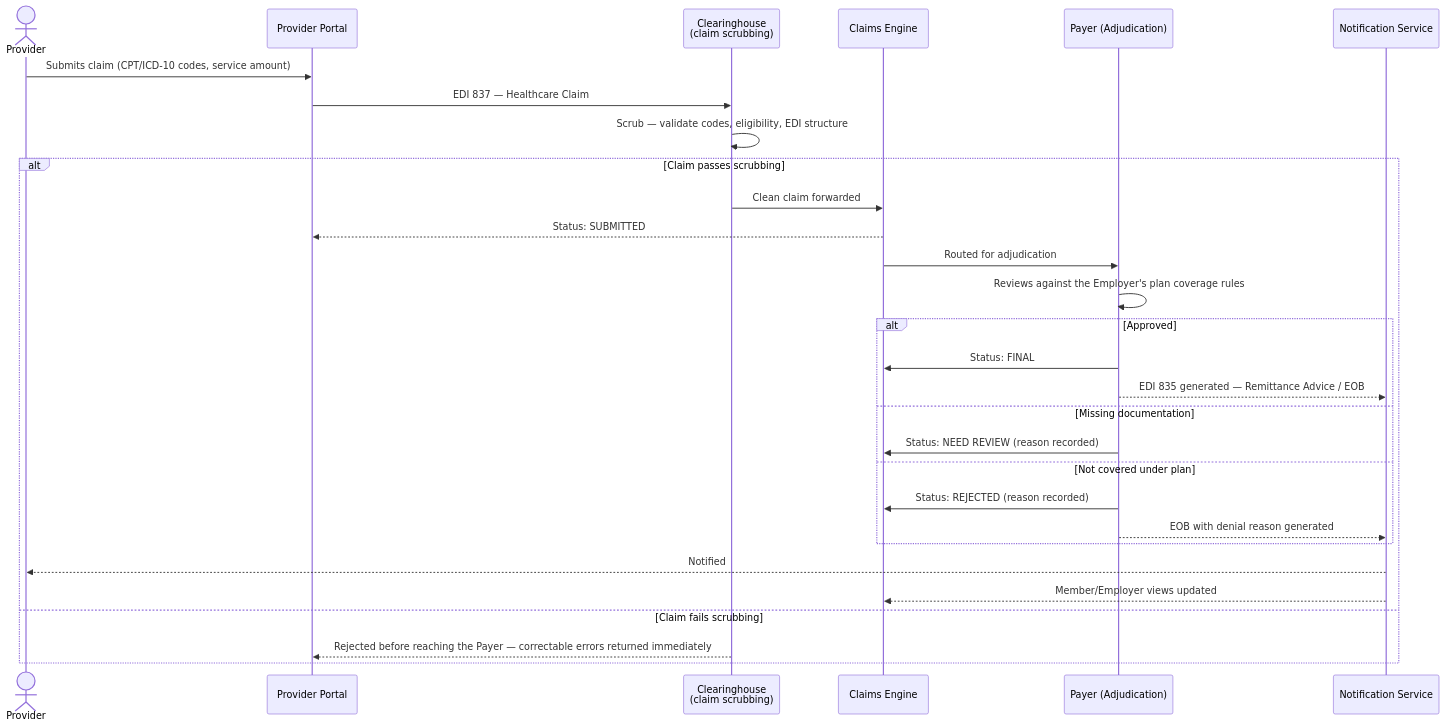
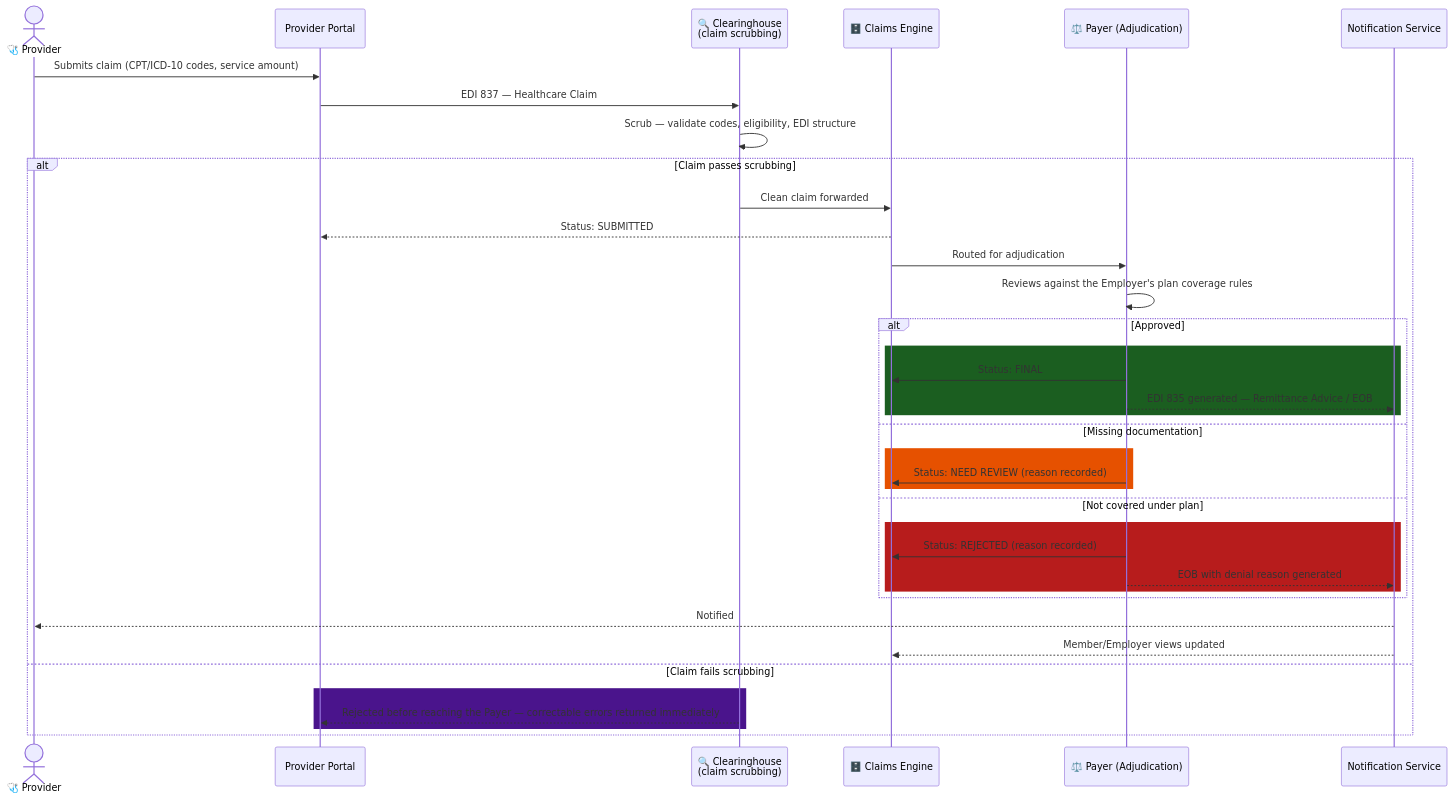
One commit to ghanendra-sdet/healthcare-insurance-platform changed the second of 5 diagrams in docs/architecture-and-flow.md. Above: the diagram before and after it, drawn with Mermaid. The commit also changed other lines of this file and 1 other file, not shown here.

Commit message:
docs: enrich architecture and tech-and-skills diagrams

````diff
--- a/docs/architecture-and-flow.md
+++ b/docs/architecture-and-flow.md
@@ -71,32 +83,40 @@
 ```mermaid
 sequenceDiagram
-    actor Provider
+    actor Provider as 🩺 Provider
     participant PP as Provider Portal
-    participant CH as Clearinghouse<br/>(claim scrubbing)
-    participant CE as Claims Engine
-    participant Payer as Payer (Adjudication)
+    participant CH as 🔍 Clearinghouse<br/>(claim scrubbing)
+    participant CE as 🗄️ Claims Engine
+    participant Payer as ⚖️ Payer (Adjudication)
     participant Notif as Notification Service
 
     Provider->>PP: Submits claim (CPT/ICD-10 codes, service amount)
     PP->>CH: EDI 837 — Healthcare Claim
     CH->>CH: Scrub — validate codes, eligibility, EDI structure
     alt Claim passes scrubbing
         CH->>CE: Clean claim forwarded
         CE-->>PP: Status: SUBMITTED
         CE->>Payer: Routed for adjudication
         Payer->>Payer: Reviews against the Employer's plan coverage rules
         alt Approved
+            rect rgb(27, 94, 32)
             Payer->>CE: Status: FINAL
             Payer-->>Notif: EDI 835 generated — Remittance Advice / EOB
+            end
         else Missing documentation
+            rect rgb(230, 81, 0)
             Payer->>CE: Status: NEED REVIEW (reason recorded)
+            end
         else Not covered under plan
+            rect rgb(183, 28, 28)
             Payer->>CE: Status: REJECTED (reason recorded)
             Payer-->>Notif: EOB with denial reason generated
+            end
         end
         Notif-->>Provider: Notified
         Notif-->>CE: Member/Employer views updated
     else Claim fails scrubbing
+        rect rgb(74, 20, 140)
         CH-->>PP: Rejected before reaching the Payer — correctable errors returned immediately
+        end
     end
 ```
````
